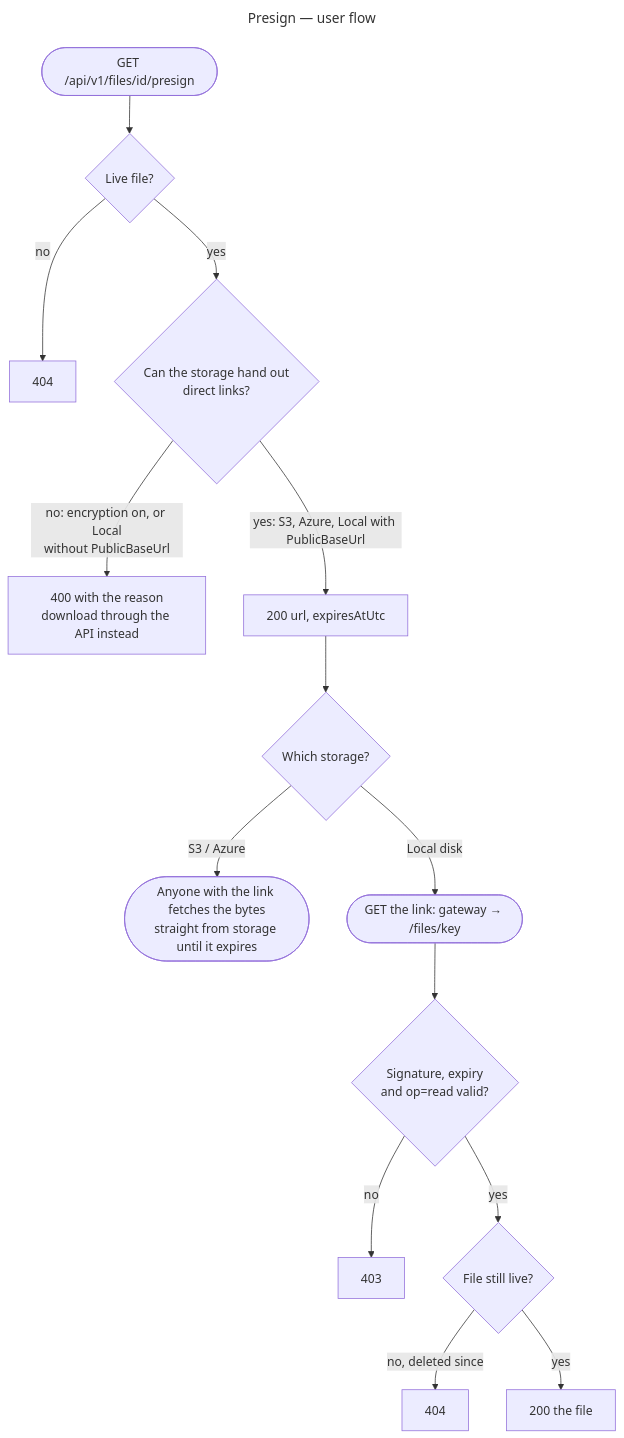
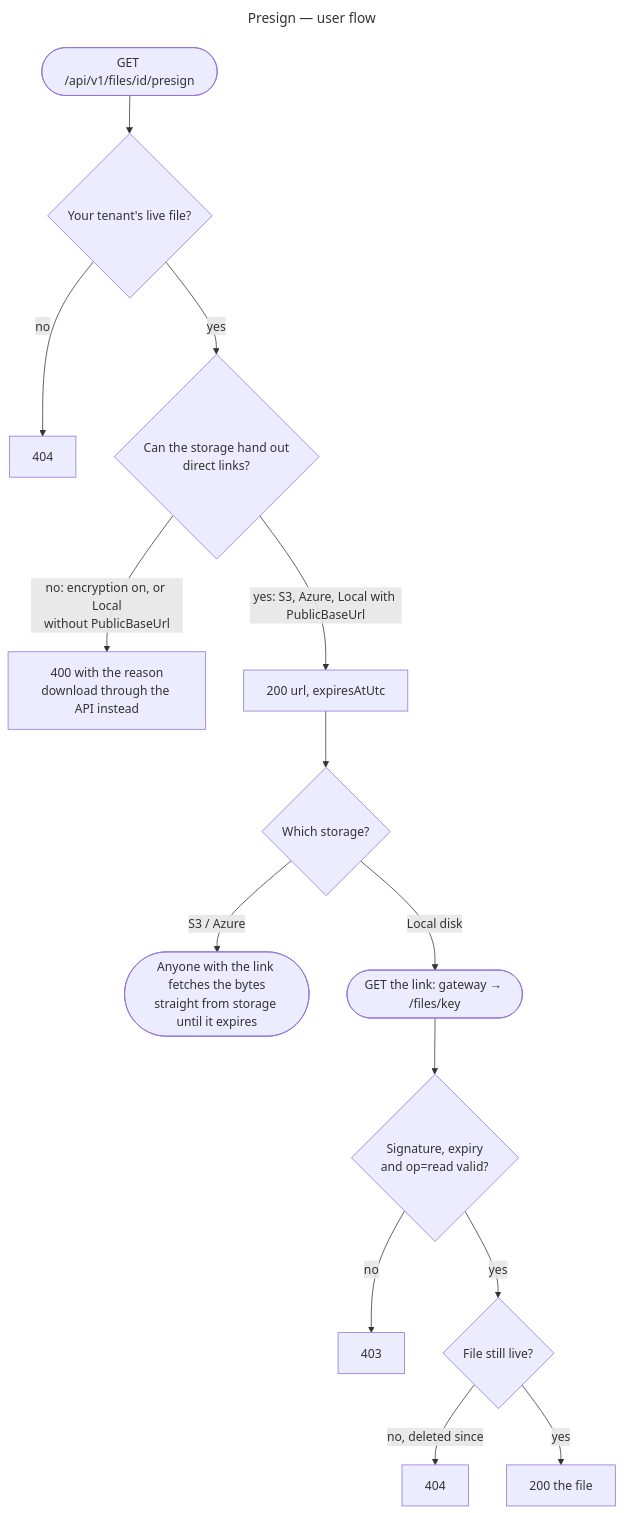
One commit to gmetskhvarishvili/GM.FileStorage.Samples changed diagram 11 of 12 in docs/user-flows.md. Above: the diagram before and after it, drawn with Mermaid. The commit also changed other lines of this file and 23 other files, not shown here.

````diff
--- a/docs/user-flows.md
+++ b/docs/user-flows.md
@@ -237,19 +244,19 @@
 ```mermaid
 ---
 title: Presign — user flow
 ---
 flowchart TD
-    start([GET /api/v1/files/id/presign]) --> live{Live file?}
+    start([GET /api/v1/files/id/presign]) --> live{Your tenant's live file?}
     live -- no --> f404[404]
     live -- yes --> can{Can the storage hand out<br/>direct links?}
     can -- "no: encryption on, or Local<br/>without PublicBaseUrl" --> r400[400 with the reason<br/>download through the API instead]
     can -- "yes: S3, Azure, Local with PublicBaseUrl" --> ok[200 url, expiresAtUtc]
     ok --> where{Which storage?}
     where -- S3 / Azure --> direct([Anyone with the link fetches the bytes<br/>straight from storage until it expires])
     where -- "Local disk" --> fetch([GET the link: gateway → /files/key])
     fetch --> sig{Signature, expiry<br/>and op=read valid?}
     sig -- no --> s403[403]
     sig -- yes --> still{File still live?}
     still -- "no, deleted since" --> d404[404]
     still -- yes --> served[200 the file]
 ```
````
